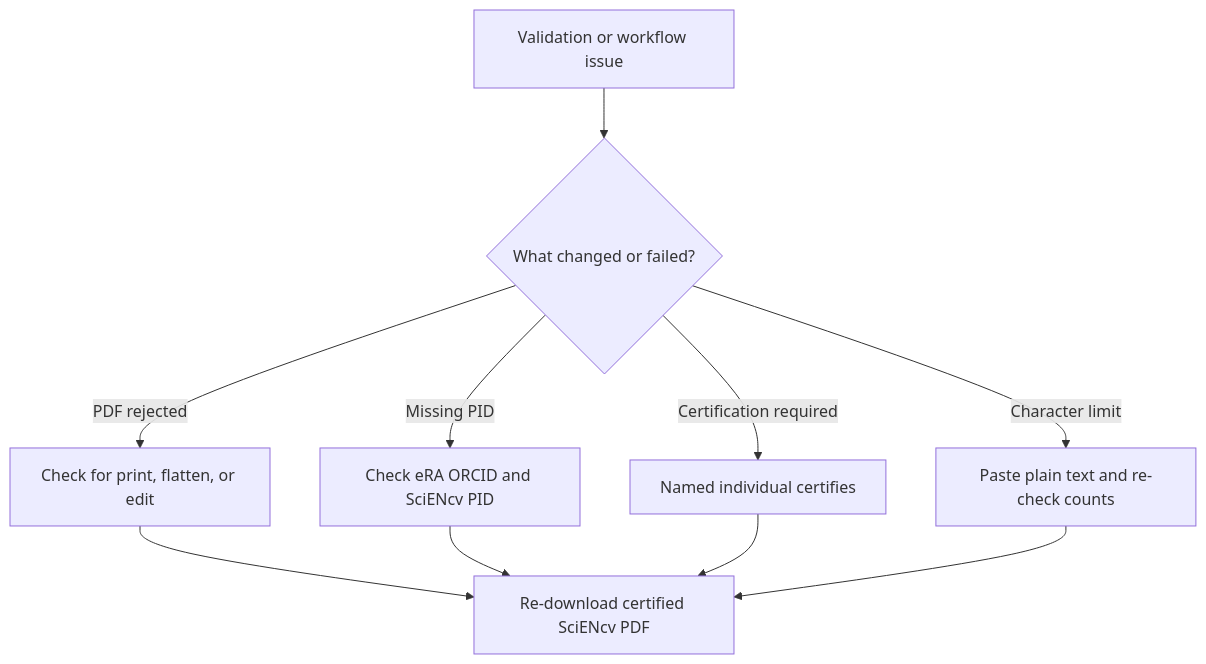
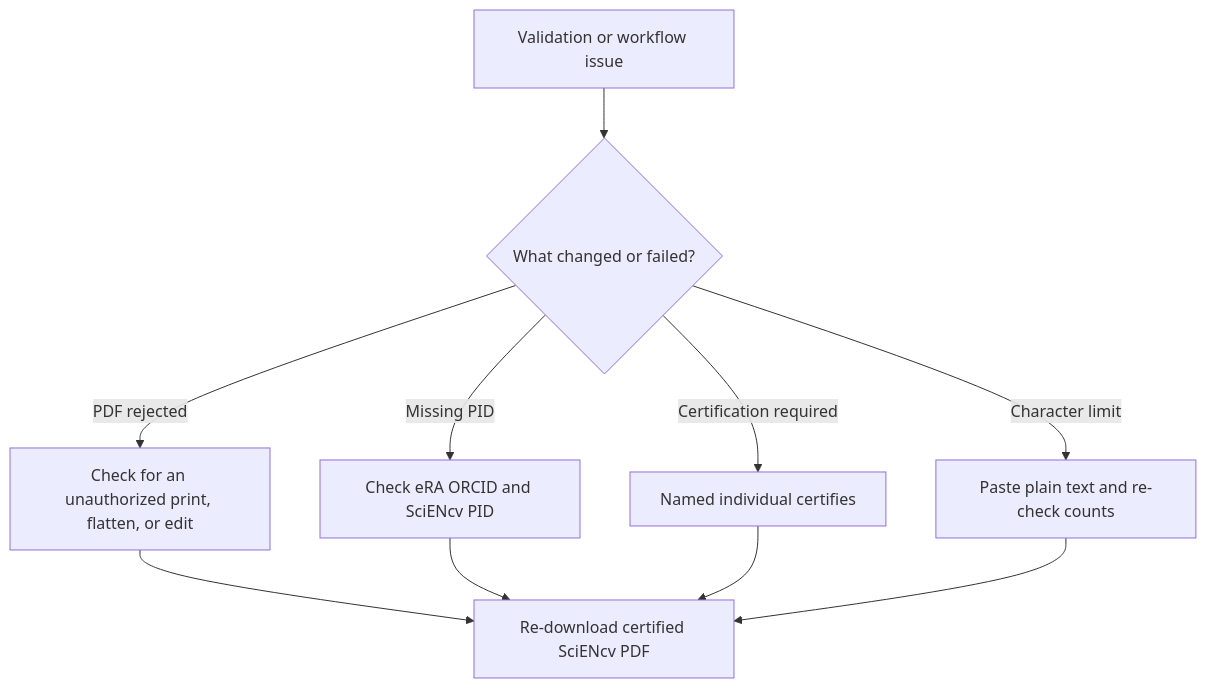
One commit to FritscheLab/nih-sciencv-playbook changed the diagram in docs/troubleshooting.md. Above: the diagram before and after it, drawn with Mermaid. The commit also changed 48 other files, not shown here.

````diff
--- a/docs/troubleshooting.md
+++ b/docs/troubleshooting.md
@@ -11,14 +11,14 @@
 ```mermaid
 flowchart TD
     accTitle: Troubleshooting entry point
     accDescr: Troubleshooting starts by identifying whether the issue is a PDF format problem, missing identifier, certification gap, or narrative formatting problem.
     A["Validation or workflow issue"] --> B{"What changed or failed?"}
-    B -- "PDF rejected" --> C["Check for print, flatten, or edit"]
+    B -- "PDF rejected" --> C["Check for an unauthorized print, flatten, or edit"]
     B -- "Missing PID" --> D["Check eRA ORCID and SciENcv PID"]
     B -- "Certification required" --> E["Named individual certifies"]
     B -- "Character limit" --> F["Paste plain text and re-check counts"]
     C --> G["Re-download certified SciENcv PDF"]
     D --> G
     E --> G
     F --> G
 ```
````
